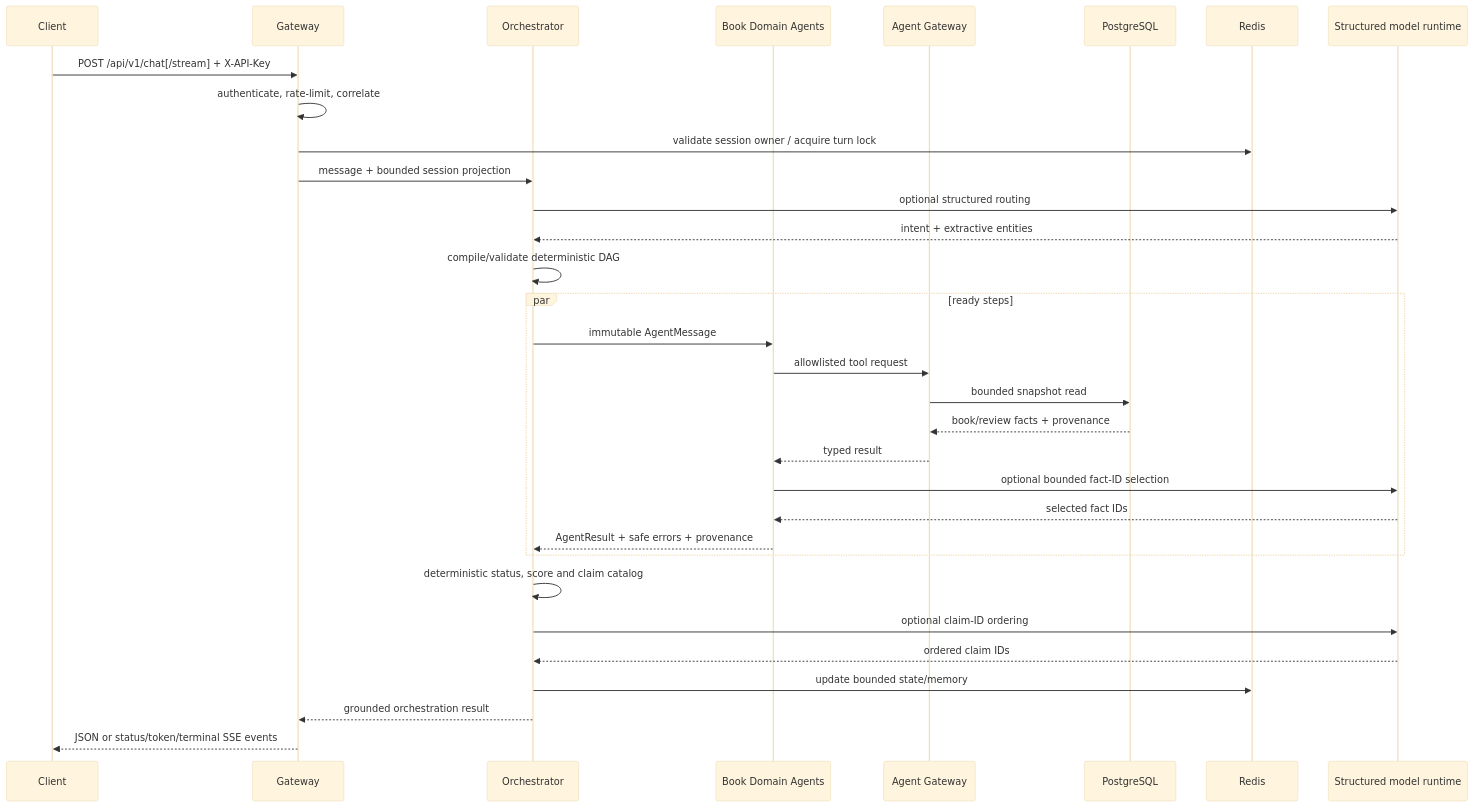
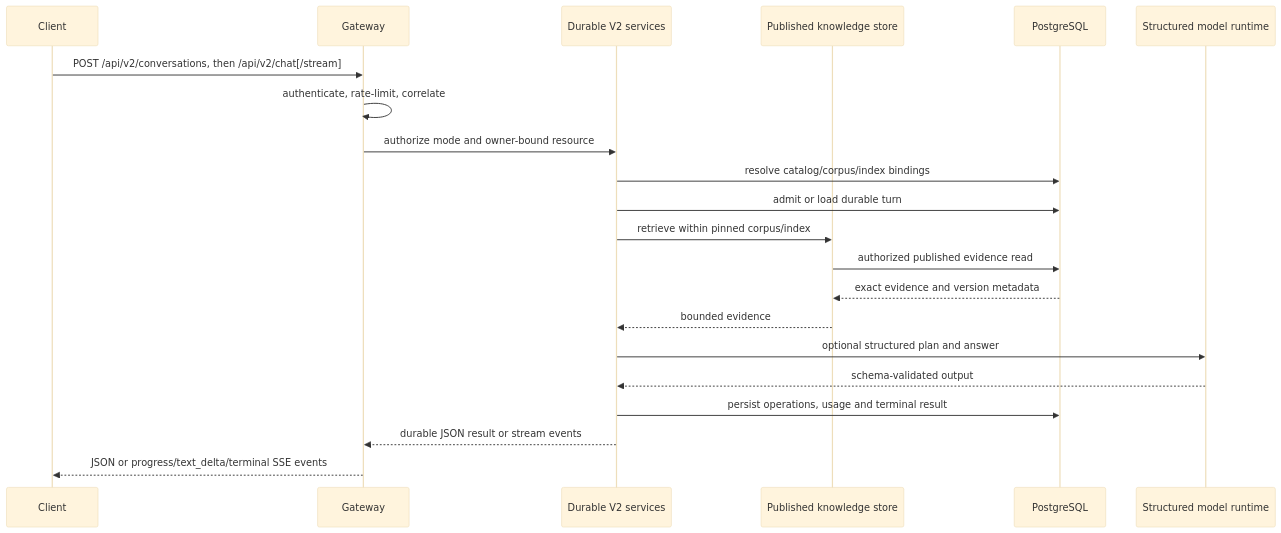
Before and after one commit to Thanh281105/multi-agent-system: the second of 2 diagrams in docs/architecture.md, drawn with Mermaid (base theme). The commit also changed other lines of this file and 26 other files, not shown here.

````diff
--- a/docs/architecture.md
+++ b/docs/architecture.md
@@ -107,35 +110,24 @@
 ```mermaid
 sequenceDiagram
     participant C as Client
     participant G as Gateway
-    participant O as Orchestrator
-    participant D as Book Domain Agents
-    participant A as Agent Gateway
+    participant V as Durable V2 services
+    participant K as Published knowledge store
     participant P as PostgreSQL
-    participant R as Redis
     participant L as Structured model runtime
 
-    C->>G: POST /api/v1/chat[/stream] + X-API-Key
+    C->>G: POST /api/v2/conversations, then /api/v2/chat[/stream]
     G->>G: authenticate, rate-limit, correlate
-    G->>R: validate session owner / acquire turn lock
-    G->>O: message + bounded session projection
-    O->>L: optional structured routing
-    L-->>O: intent + extractive entities
-    O->>O: compile/validate deterministic DAG
-    par ready steps
-        O->>D: immutable AgentMessage
-        D->>A: allowlisted tool request
-        A->>P: bounded snapshot read
-        P-->>A: book/review facts + provenance
-        A-->>D: typed result
-        D->>L: optional bounded fact-ID selection
-        L-->>D: selected fact IDs
-        D-->>O: AgentResult + safe errors + provenance
-    end
-    O->>O: deterministic status, score and claim catalog
-    O->>L: optional claim-ID ordering
-    L-->>O: ordered claim IDs
-    O->>R: update bounded state/memory
-    O-->>G: grounded orchestration result
-    G-->>C: JSON or status/token/terminal SSE events
+    G->>V: authorize mode and owner-bound resource
+    V->>P: resolve catalog/corpus/index bindings
+    V->>P: admit or load durable turn
+    V->>K: retrieve within pinned corpus/index
+    K->>P: authorized published evidence read
+    P-->>K: exact evidence and version metadata
+    K-->>V: bounded evidence
+    V->>L: optional structured plan and answer
+    L-->>V: schema-validated output
+    V->>P: persist operations, usage and terminal result
+    V-->>G: durable JSON result or stream events
+    G-->>C: JSON or progress/text_delta/terminal SSE events
 ```
````
